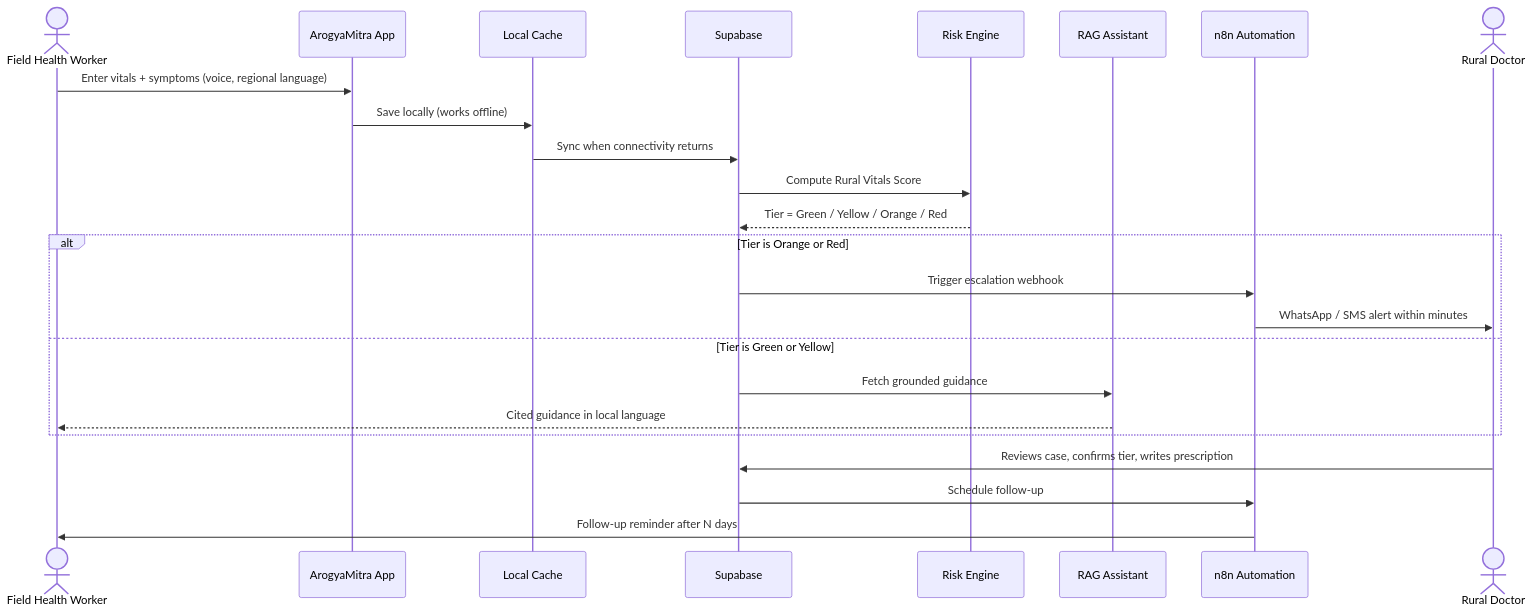
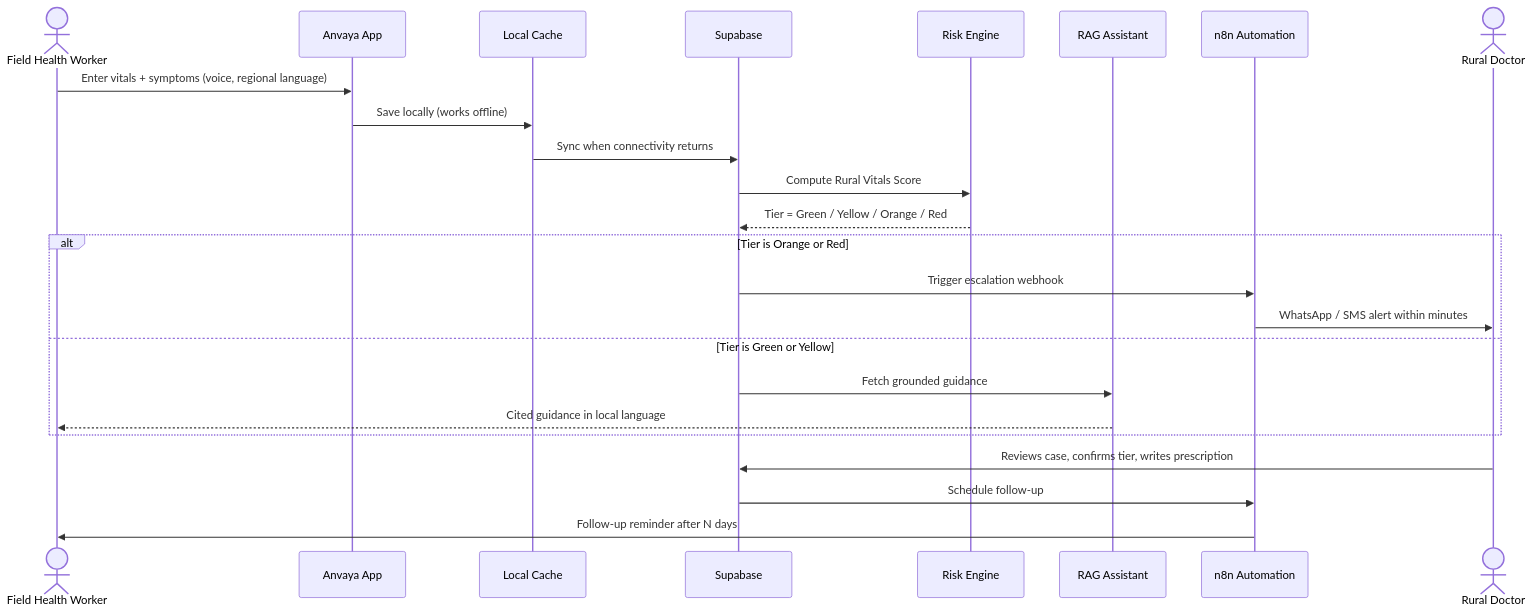
One commit to GopeshKachhadiya/Healthcare-Low-cost-Rural-Triage changed the second of 2 diagrams in patient-website/arogyamitra.md. Above: the diagram before and after it, drawn with Mermaid. The commit also changed other lines of this file and 18 other files, not shown here.

````diff
--- a/patient-website/arogyamitra.md
+++ b/patient-website/arogyamitra.md
@@ -239,27 +239,27 @@
 ```mermaid
 sequenceDiagram
     actor CHW as Field Health Worker
-    participant App as ArogyaMitra App
+    participant App as Anvaya App
     participant Cache as Local Cache
     participant API as Supabase
     participant Risk as Risk Engine
     participant RAG as RAG Assistant
     participant N8N as n8n Automation
     actor Doc as Rural Doctor
 
     CHW->>App: Enter vitals + symptoms (voice, regional language)
     App->>Cache: Save locally (works offline)
     Cache->>API: Sync when connectivity returns
     API->>Risk: Compute Rural Vitals Score
     Risk-->>API: Tier = Green / Yellow / Orange / Red
     alt Tier is Orange or Red
         API->>N8N: Trigger escalation webhook
         N8N->>Doc: WhatsApp / SMS alert within minutes
     else Tier is Green or Yellow
         API->>RAG: Fetch grounded guidance
         RAG-->>CHW: Cited guidance in local language
     end
     Doc->>API: Reviews case, confirms tier, writes prescription
     API->>N8N: Schedule follow-up
     N8N->>CHW: Follow-up reminder after N days
 ```
````
